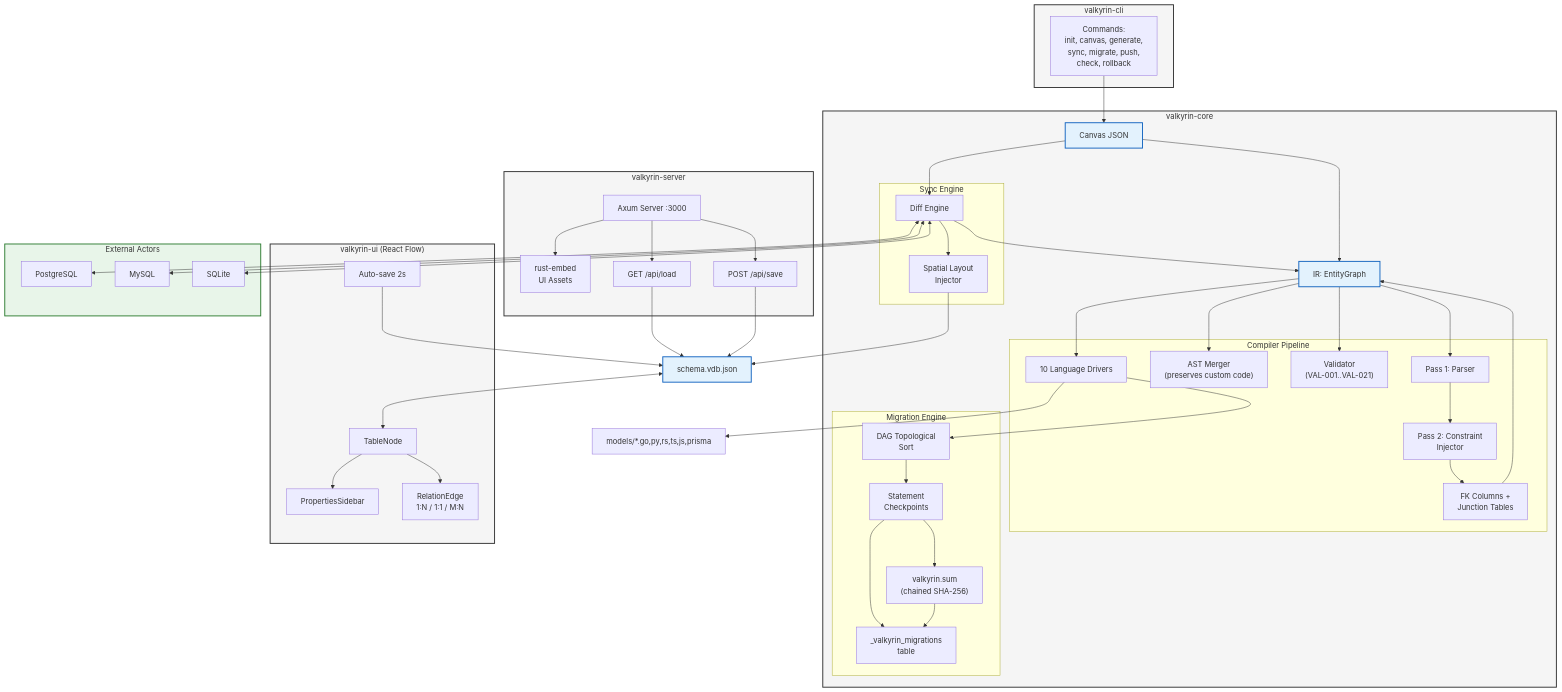
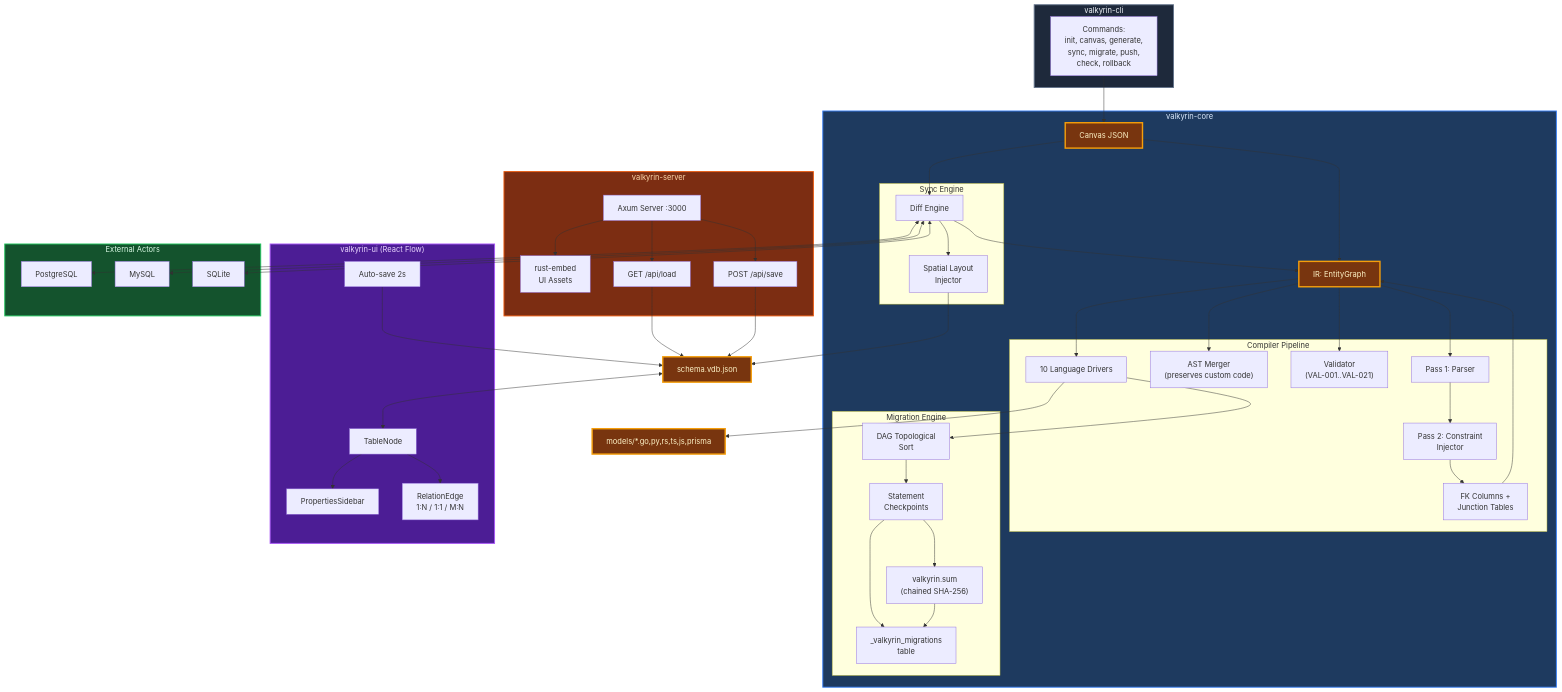
Before and after one commit to Logizel/valkyrin: the diagram in README.md, drawn with Mermaid.

Commit message:
docs: update Mermaid diagram color scheme

````diff
--- a/README.md
+++ b/README.md
@@ -137,11 +137,17 @@
 
     Drivers --> Output
 
-    classDef pkg fill:#f5f5f5,stroke:#333,stroke-width:2px;
-    classDef ext fill:#e8f5e9,stroke:#2e7d32,stroke-width:2px;
-    classDef core fill:#e3f2fd,stroke:#1565c0,stroke-width:2px;
+    classDef cli fill:#1e293b,stroke:#64748b,stroke-width:2px,color:#f1f5f9;
+    classDef core fill:#1e3a5f,stroke:#3b82f6,stroke-width:2px,color:#dbeafe;
+    classDef server fill:#7c2d12,stroke:#ea580c,stroke-width:2px,color:#fed7aa;
+    classDef ui fill:#4c1d95,stroke:#a855f7,stroke-width:2px,color:#e9d5ff;
+    classDef ext fill:#14532d,stroke:#22c55e,stroke-width:2px,color:#dcfce7;
+    classDef data fill:#78350f,stroke:#f59e0b,stroke-width:3px,color:#fef3c7;
     
-    class CLI,Core,Server,UI pkg;
+    class CLI cli;
+    class Core core;
+    class Server server;
+    class UI ui;
     class External ext;
-    class IR,CanvasJSON,SchemaVDB core;
+    class IR,CanvasJSON,SchemaVDB,Output data;
 ```
````
